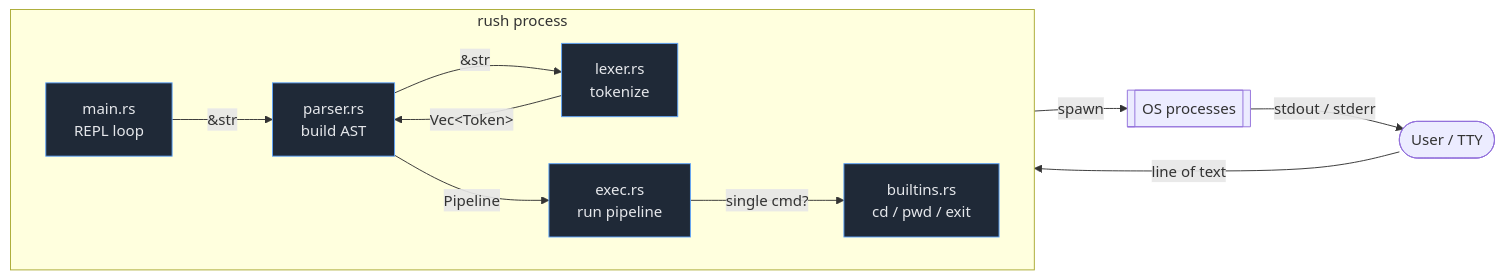
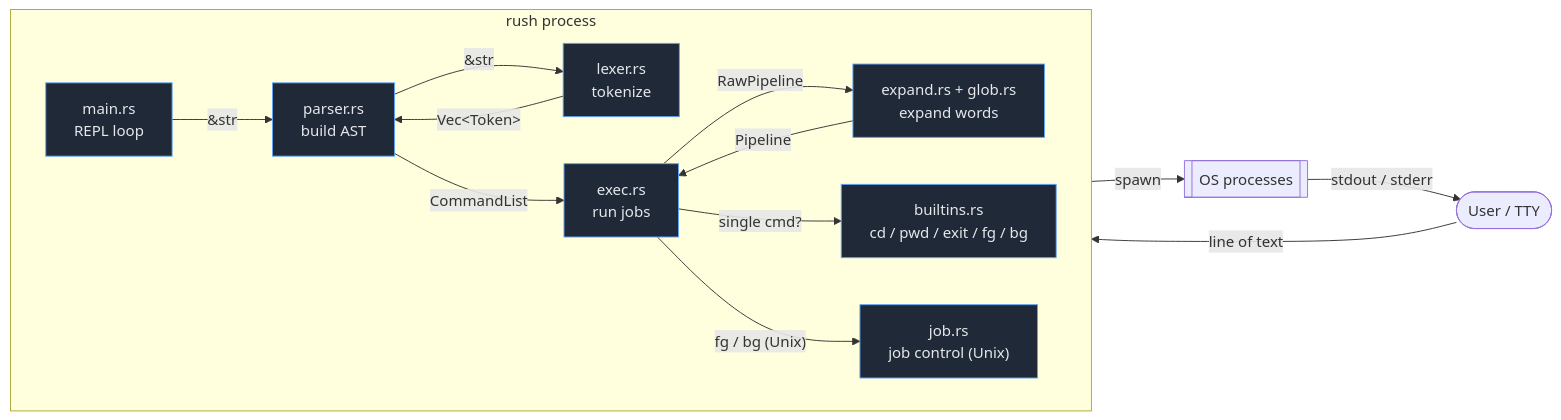
Before and after one commit to baileyrd/rush: the first of 6 diagrams in docs/ARCHITECTURE.md, drawn with Mermaid. The commit also changed other lines of this file and 9 other files, not shown here.

````diff
--- a/docs/ARCHITECTURE.md
+++ b/docs/ARCHITECTURE.md
@@ -27,23 +27,28 @@
 ```mermaid
 flowchart LR
     subgraph shell["rush process"]
         direction LR
         main["main.rs<br/>REPL loop"]
         lexer["lexer.rs<br/>tokenize"]
         parser["parser.rs<br/>build AST"]
-        exec["exec.rs<br/>run pipeline"]
-        builtins["builtins.rs<br/>cd / pwd / exit"]
+        expand["expand.rs + glob.rs<br/>expand words"]
+        exec["exec.rs<br/>run jobs"]
+        job["job.rs<br/>job control (Unix)"]
+        builtins["builtins.rs<br/>cd / pwd / exit / fg / bg"]
     end
 
     user(["User / TTY"]) -->|line of text| main
     main -->|"&str"| parser
     parser -->|"&str"| lexer
     lexer -->|"Vec&lt;Token&gt;"| parser
-    parser -->|"Pipeline"| exec
+    parser -->|"CommandList"| exec
+    exec -->|"RawPipeline"| expand
+    expand -->|"Pipeline"| exec
     exec -->|"single cmd?"| builtins
+    exec -->|"fg / bg (Unix)"| job
     exec -->|"spawn"| os[["OS processes"]]
     os -->|stdout / stderr| user
 
     classDef mod fill:#1f2937,stroke:#60a5fa,color:#e5e7eb;
-    class main,lexer,parser,exec,builtins mod;
+    class main,lexer,parser,expand,exec,job,builtins mod;
 ```
````
